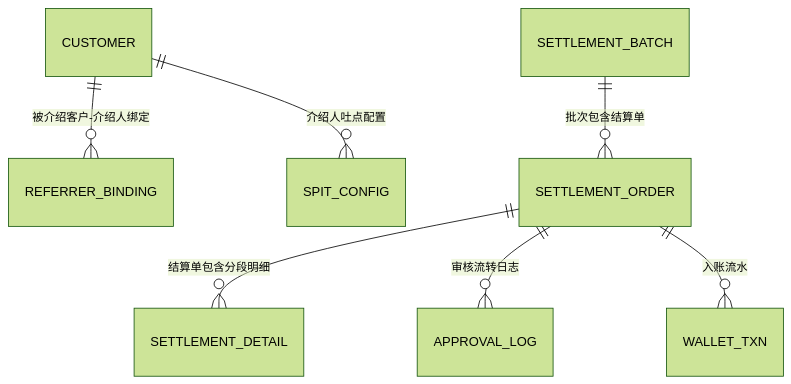
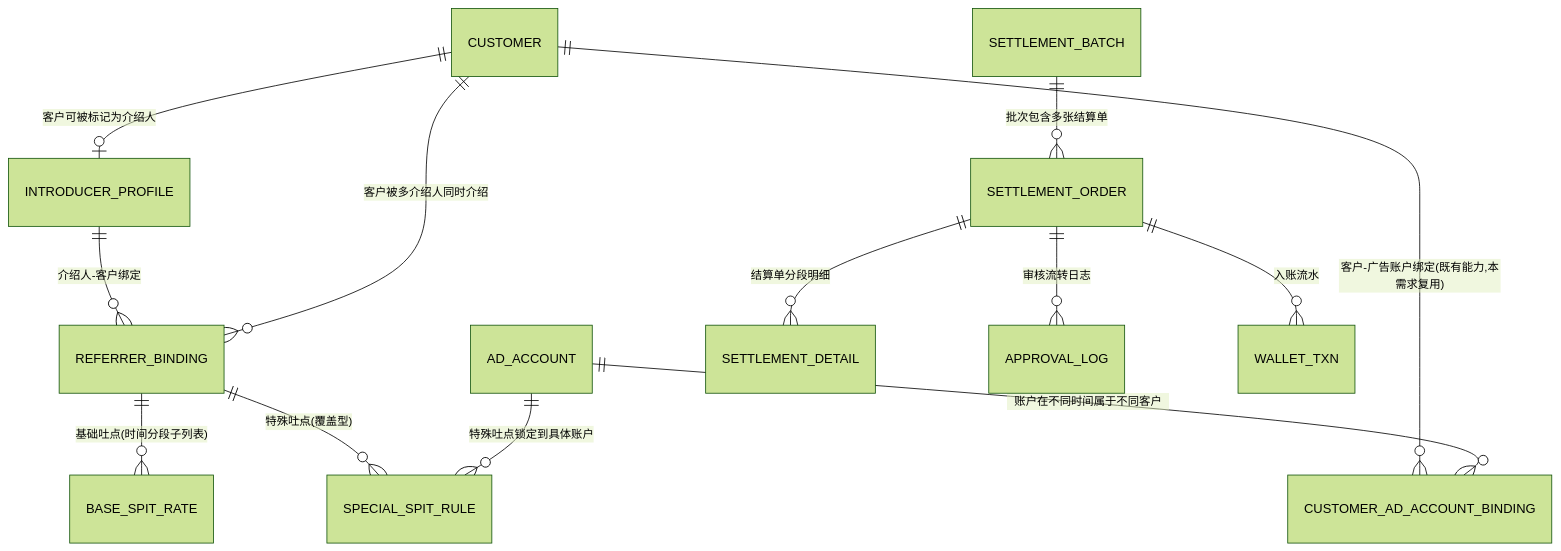
Before and after one commit to TK0918/BestAds: the third of 15 diagrams in PRD/introducer-spitpoint-prd.md, drawn with Mermaid (forest theme). The commit also changed other lines of this file and 64 other files, not shown here.

````diff
--- a/PRD/introducer-spitpoint-prd.md
+++ b/PRD/introducer-spitpoint-prd.md
@@ -89,9 +104,15 @@
 ```mermaid
 erDiagram
-  CUSTOMER ||--o{ REFERRER_BINDING : "被介绍客户-介绍人绑定"
-  CUSTOMER ||--o{ SPIT_CONFIG : "介绍人吐点配置"
-  SETTLEMENT_BATCH ||--o{ SETTLEMENT_ORDER : "批次包含结算单"
-  SETTLEMENT_ORDER ||--o{ SETTLEMENT_DETAIL : "结算单包含分段明细"
+  CUSTOMER ||--o| INTRODUCER_PROFILE : "客户可被标记为介绍人"
+  CUSTOMER ||--o{ CUSTOMER_AD_ACCOUNT_BINDING : "客户-广告账户绑定(既有能力,本需求复用)"
+  AD_ACCOUNT ||--o{ CUSTOMER_AD_ACCOUNT_BINDING : "账户在不同时间属于不同客户"
+  INTRODUCER_PROFILE ||--o{ REFERRER_BINDING : "介绍人-客户绑定"
+  CUSTOMER ||--o{ REFERRER_BINDING : "客户被多介绍人同时介绍"
+  REFERRER_BINDING ||--o{ BASE_SPIT_RATE : "基础吐点(时间分段子列表)"
+  REFERRER_BINDING ||--o{ SPECIAL_SPIT_RULE : "特殊吐点(覆盖型)"
+  AD_ACCOUNT ||--o{ SPECIAL_SPIT_RULE : "特殊吐点锁定到具体账户"
+  SETTLEMENT_BATCH ||--o{ SETTLEMENT_ORDER : "批次包含多张结算单"
+  SETTLEMENT_ORDER ||--o{ SETTLEMENT_DETAIL : "结算单分段明细"
   SETTLEMENT_ORDER ||--o{ APPROVAL_LOG : "审核流转日志"
   SETTLEMENT_ORDER ||--o{ WALLET_TXN : "入账流水"
 ```
````
